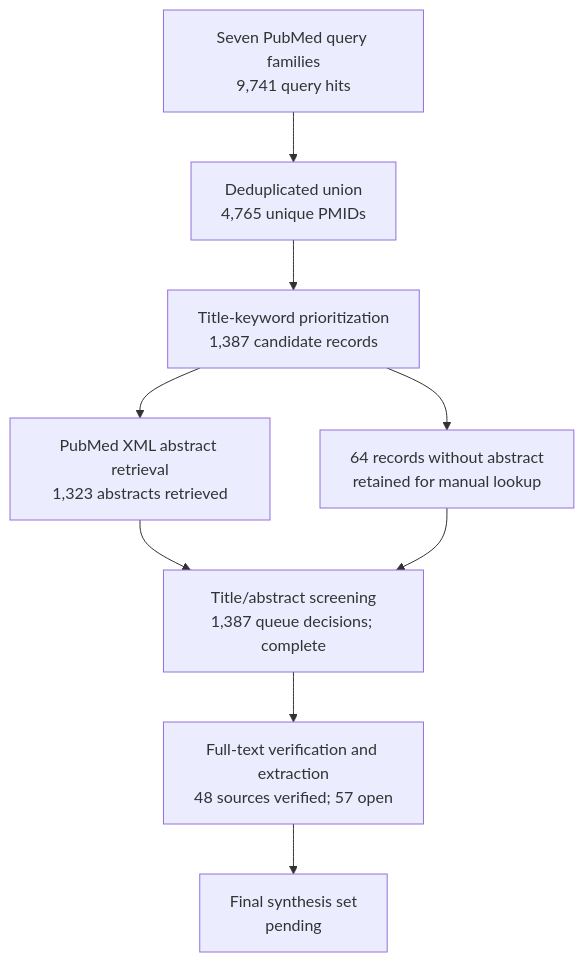
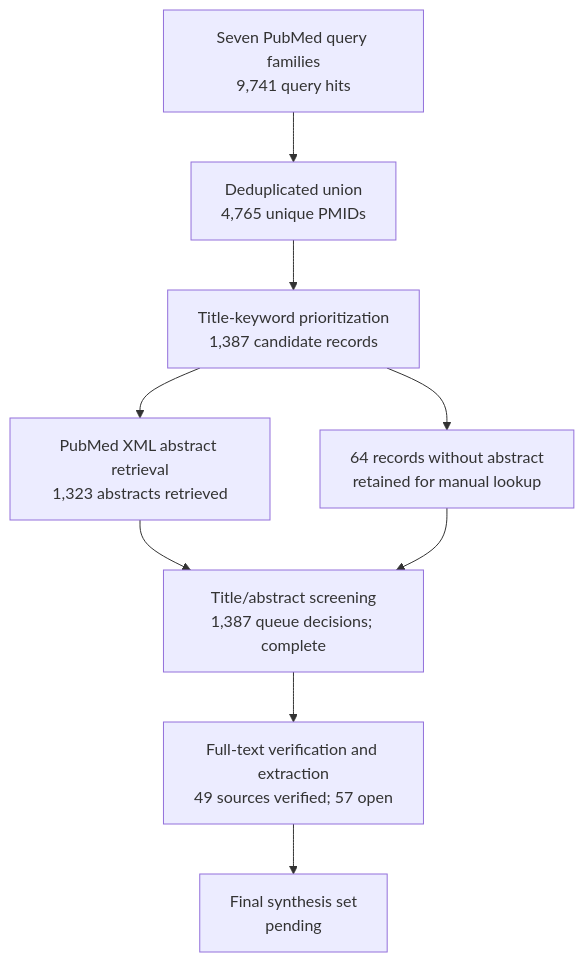
Before and after one commit to dcmcshan/artemisia: the diagram in manuscript/review-flow.md, drawn with Mermaid. The commit also changed other lines of this file and 19 other files, not shown here.

Commit message:
Add full-text cina lignan comparator

````diff
--- a/manuscript/review-flow.md
+++ b/manuscript/review-flow.md
@@ -5,11 +5,11 @@
 ```mermaid
 flowchart TB
   Q[Seven PubMed query families<br/>9,741 query hits] --> U[Deduplicated union<br/>4,765 unique PMIDs]
   U --> T[Title-keyword prioritization<br/>1,387 candidate records]
   T --> A[PubMed XML abstract retrieval<br/>1,323 abstracts retrieved]
   T --> N[64 records without abstract<br/>retained for manual lookup]
   A --> M[Title/abstract screening<br/>1,387 queue decisions; complete]
   N --> M
-  M --> F[Full-text verification and extraction<br/>48 sources verified; 57 open]
+  M --> F[Full-text verification and extraction<br/>49 sources verified; 57 open]
   F --> S[Final synthesis set<br/>pending]
 ```
````
